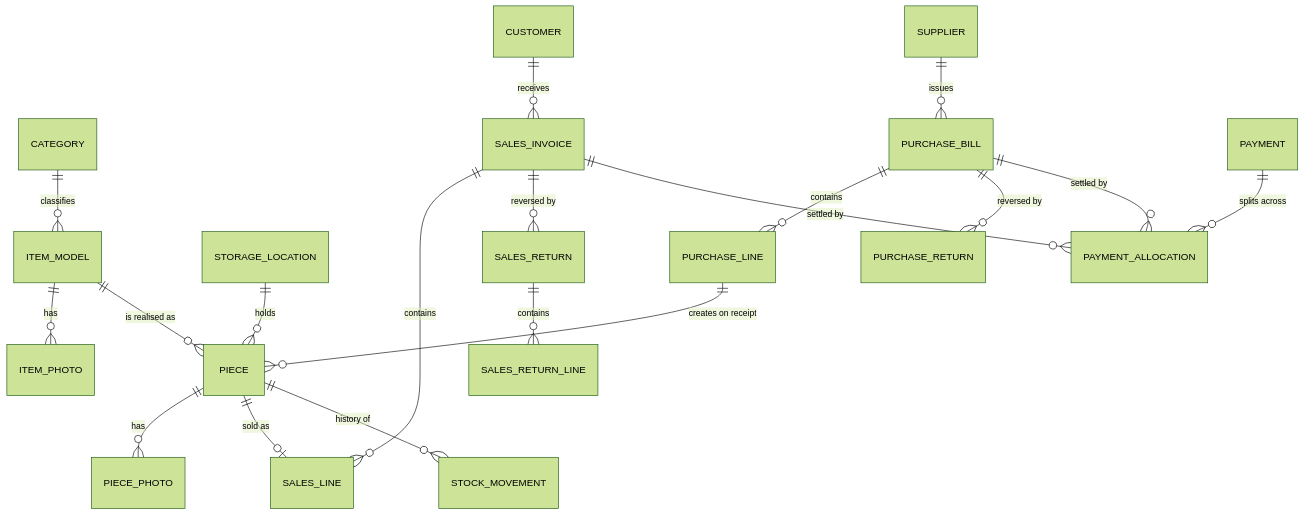
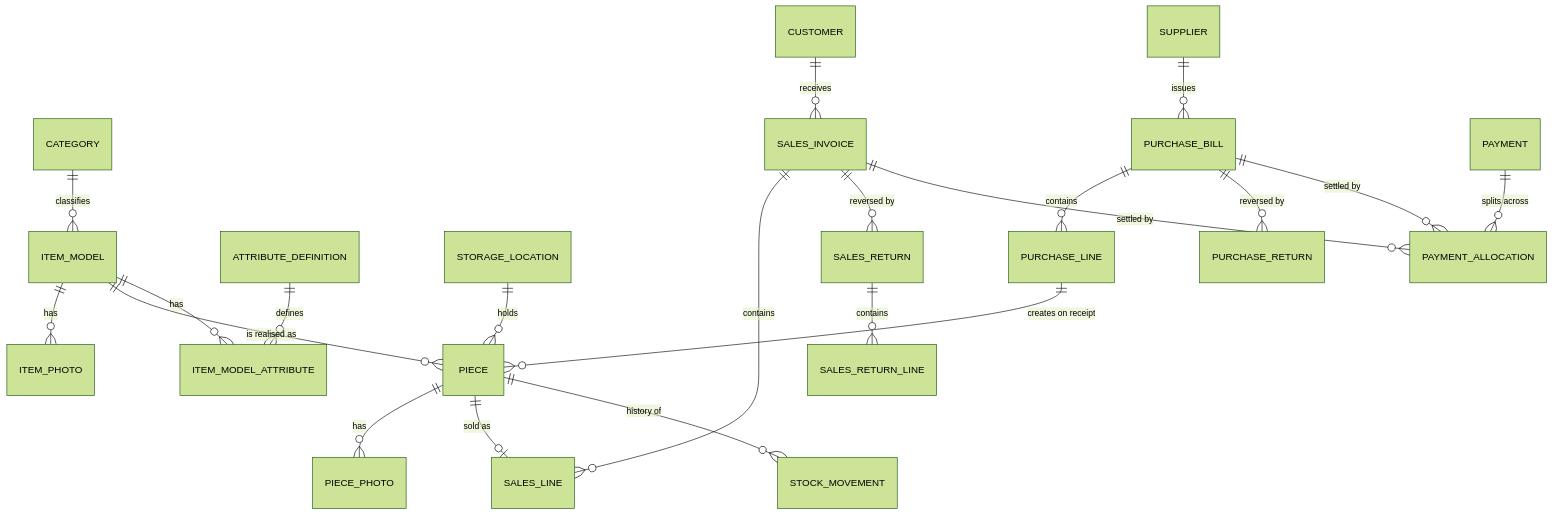
The first of 2 diagrams in docs/02-data-model.md (prashant-singh-2001/ims), drawn with Mermaid (forest theme) before and after one commit. The commit also changed other lines of this file and 11 other files, not shown here.

````diff
--- a/docs/02-data-model.md
+++ b/docs/02-data-model.md
@@ -24,26 +24,28 @@
 ```mermaid
 erDiagram
     CATEGORY      ||--o{ ITEM_MODEL    : classifies
     ITEM_MODEL    ||--o{ ITEM_PHOTO    : has
     ITEM_MODEL    ||--o{ PIECE         : "is realised as"
+    ITEM_MODEL    ||--o{ ITEM_MODEL_ATTRIBUTE : has
+    ATTRIBUTE_DEFINITION ||--o{ ITEM_MODEL_ATTRIBUTE : defines
     PIECE         ||--o{ PIECE_PHOTO   : has
     STORAGE_LOCATION ||--o{ PIECE      : holds
 
     SUPPLIER      ||--o{ PURCHASE_BILL : issues
     PURCHASE_BILL ||--o{ PURCHASE_LINE : contains
     PURCHASE_LINE ||--o{ PIECE         : "creates on receipt"
 
     CUSTOMER      ||--o{ SALES_INVOICE : receives
     SALES_INVOICE ||--o{ SALES_LINE    : contains
     PIECE         ||--o| SALES_LINE    : "sold as"
 
     SALES_INVOICE ||--o{ SALES_RETURN  : "reversed by"
     SALES_RETURN  ||--o{ SALES_RETURN_LINE : contains
     PURCHASE_BILL ||--o{ PURCHASE_RETURN   : "reversed by"
 
     PAYMENT       ||--o{ PAYMENT_ALLOCATION : "splits across"
     SALES_INVOICE ||--o{ PAYMENT_ALLOCATION : "settled by"
     PURCHASE_BILL ||--o{ PAYMENT_ALLOCATION : "settled by"
 
     PIECE         ||--o{ STOCK_MOVEMENT : "history of"
 ```
````
